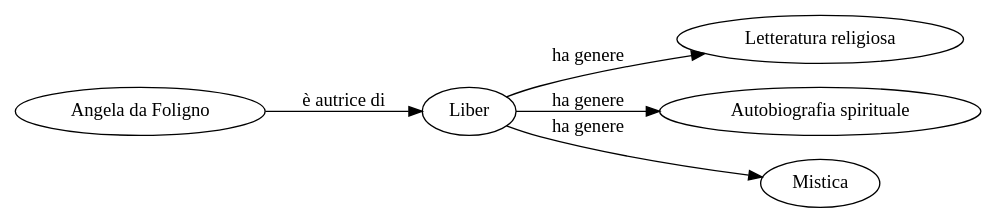
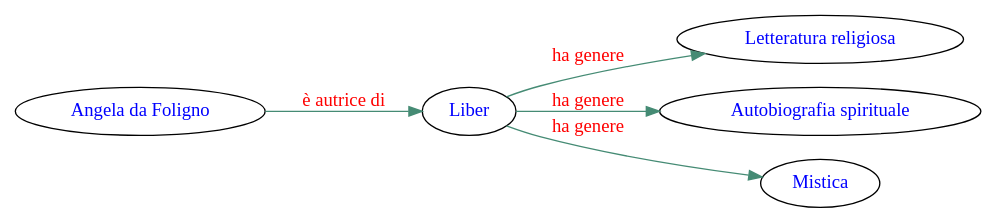
One commit to bakulf/semantic_web_preso changed the diagram in dots/2.dot. Above: the diagram before and after it, drawn with Graphviz. The commit also changed 11 other files, not shown here.

```diff
--- a/dots/2.dot
+++ b/dots/2.dot
@@ -1,12 +1,14 @@
 digraph G {
     rankdir=LR;
+    node [fontcolor=blue]
+    edge [color=aquamarine4, fontcolor=red ]
     A [ label = "Angela da Foligno" ]
     O [ label = "Liber" ]
     G1 [ label = "Letteratura religiosa"]
     G2 [ label = "Autobiografia spirituale"]
     G3 [ label = "Mistica"]
     A -> O [ label = "è autrice di" ]
     O -> G1 [ label = "ha genere" ]
     O -> G2 [ label = "ha genere" ]
     O -> G3 [ label = "ha genere" ]
 }
```
